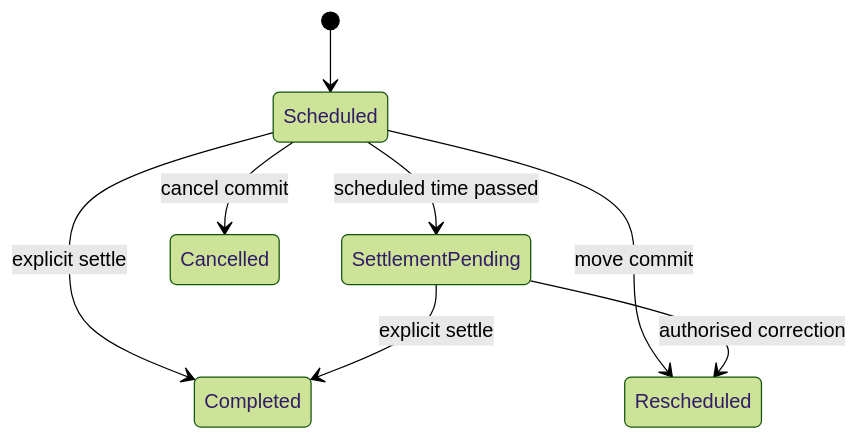
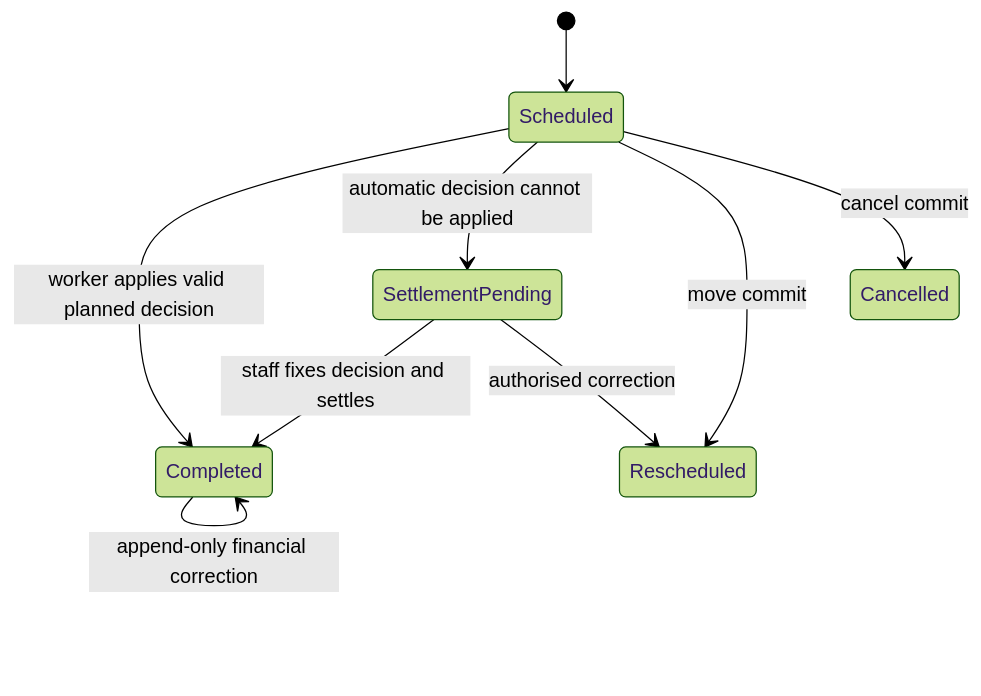
One commit to MagicMusicCRM/MagicMusicCRM changed the fourth of 4 diagrams in .anws/v7/04_SYSTEM_DESIGN/schedule_v7.md. Above: the diagram before and after it, drawn with Mermaid (forest theme). The commit also changed other lines of this file and 101 other files, not shown here.

````diff
--- a/.anws/v7/04_SYSTEM_DESIGN/schedule_v7.md
+++ b/.anws/v7/04_SYSTEM_DESIGN/schedule_v7.md
@@ -124,10 +146,11 @@
 ```mermaid
 stateDiagram-v2
   [*] --> Scheduled
-  Scheduled --> SettlementPending: scheduled time passed
+  Scheduled --> Completed: worker applies valid planned decision
+  Scheduled --> SettlementPending: automatic decision cannot be applied
   Scheduled --> Rescheduled: move commit
   Scheduled --> Cancelled: cancel commit
-  Scheduled --> Completed: explicit settle
-  SettlementPending --> Completed: explicit settle
+  SettlementPending --> Completed: staff fixes decision and settles
   SettlementPending --> Rescheduled: authorised correction
+  Completed --> Completed: append-only financial correction
 ```
````
